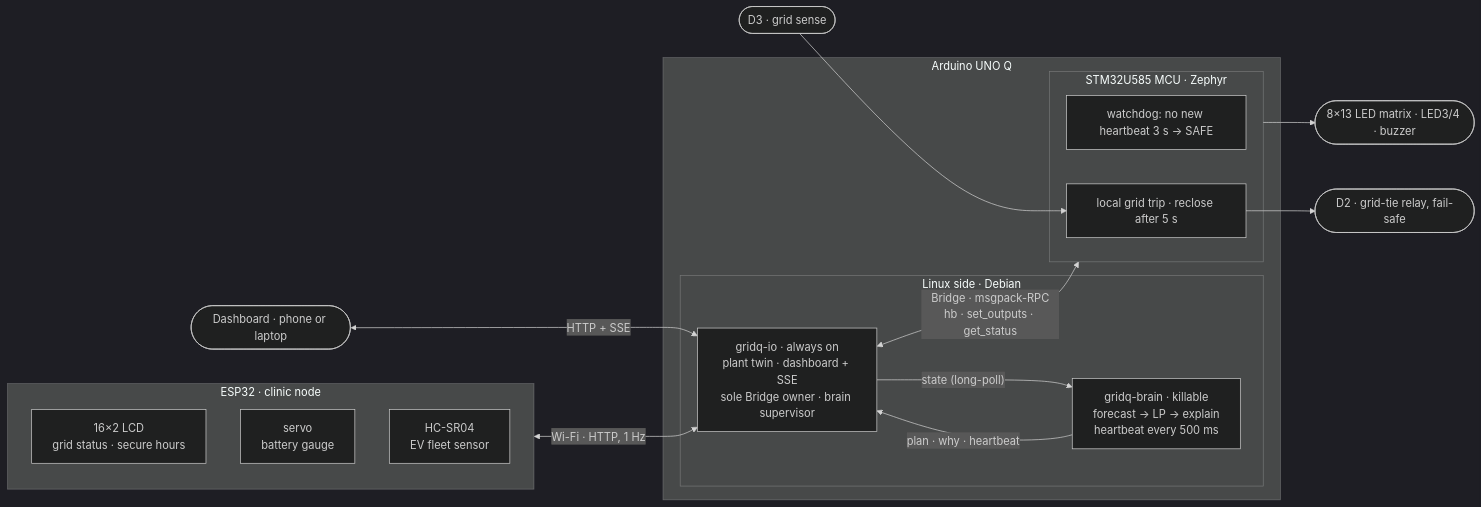
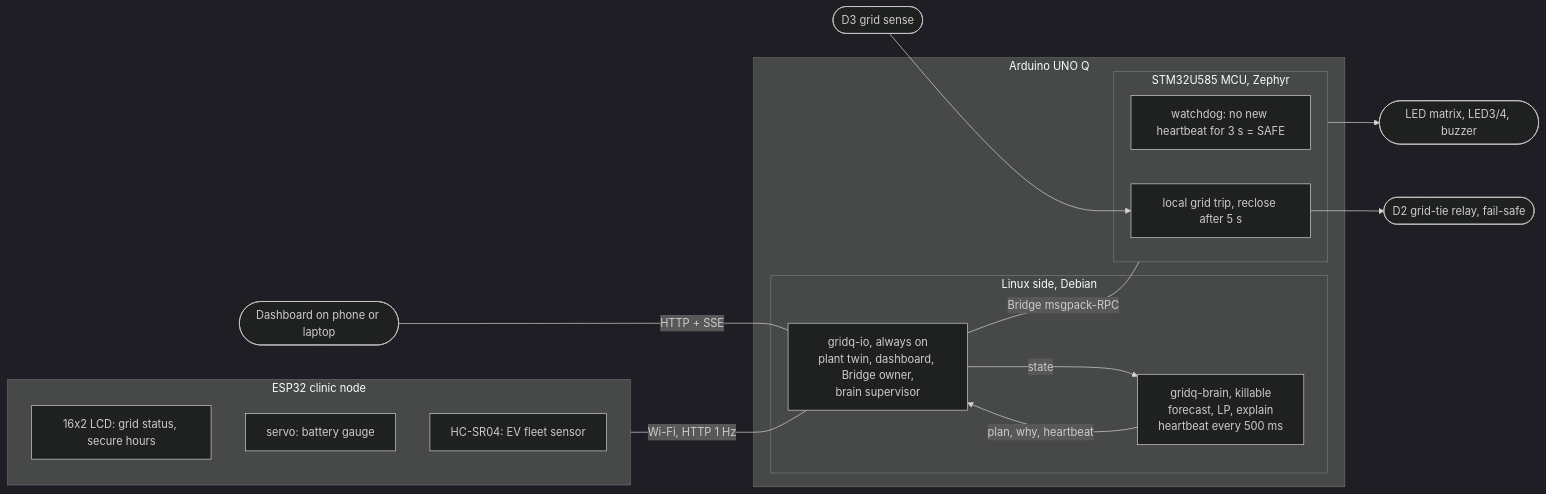
Before and after one commit to Arshgill01/GridQ: the first of 3 diagrams in README.md, drawn with Mermaid (dark theme). The commit also changed other lines of this file, not shown here.

Commit message:
README: GitHub-safe diagrams and math

````diff
--- a/README.md
+++ b/README.md
@@ -80,26 +80,26 @@
 ```mermaid
 flowchart LR
-  subgraph ESP["ESP32 · clinic node"]
-    LCD["16×2 LCD<br/>grid status · secure hours"]
-    SRV["servo<br/>battery gauge"]
-    US["HC-SR04<br/>EV fleet sensor"]
+  subgraph ESP["ESP32 clinic node"]
+    LCD["16x2 LCD: grid status, secure hours"]
+    SRV["servo: battery gauge"]
+    US["HC-SR04: EV fleet sensor"]
   end
   subgraph Q["Arduino UNO Q"]
-    subgraph LNX["Linux side · Debian"]
-      IO["gridq-io · always on<br/>plant twin · dashboard + SSE<br/>sole Bridge owner · brain supervisor"]
-      BR["gridq-brain · killable<br/>forecast → LP → explain<br/>heartbeat every 500 ms"]
+    subgraph LNX["Linux side, Debian"]
+      IO["gridq-io, always on<br/>plant twin, dashboard, Bridge owner,<br/>brain supervisor"]
+      BR["gridq-brain, killable<br/>forecast, LP, explain<br/>heartbeat every 500 ms"]
     end
-    subgraph MCU["STM32U585 MCU · Zephyr"]
-      WD["watchdog: no new heartbeat 3 s → SAFE"]
-      TRIP["local grid trip · reclose after 5 s"]
+    subgraph MCU["STM32U585 MCU, Zephyr"]
+      WD["watchdog: no new heartbeat for 3 s = SAFE"]
+      TRIP["local grid trip, reclose after 5 s"]
     end
   end
-  ESP <-->|"Wi-Fi · HTTP, 1 Hz"| IO
-  IO -->|"state (long-poll)"| BR
-  BR -->|"plan · why · heartbeat"| IO
-  IO <-->|"Bridge · msgpack-RPC<br/>hb · set_outputs · get_status"| MCU
-  D3(["D3 · grid sense"]) --> TRIP
-  TRIP --> RELAY(["D2 · grid-tie relay, fail-safe"])
-  MCU --> UI(["8×13 LED matrix · LED3/4 · buzzer"])
-  WEB(["Dashboard · phone or laptop"]) <-->|"HTTP + SSE"| IO
+  ESP -- "Wi-Fi, HTTP 1 Hz" --- IO
+  IO -- "state" --> BR
+  BR -- "plan, why, heartbeat" --> IO
+  IO -- "Bridge msgpack-RPC" --- MCU
+  D3(["D3 grid sense"]) --> TRIP
+  TRIP --> RELAY(["D2 grid-tie relay, fail-safe"])
+  MCU --> UI(["LED matrix, LED3/4, buzzer"])
+  WEB(["Dashboard on phone or laptop"]) -- "HTTP + SSE" --- IO
 ```
````
